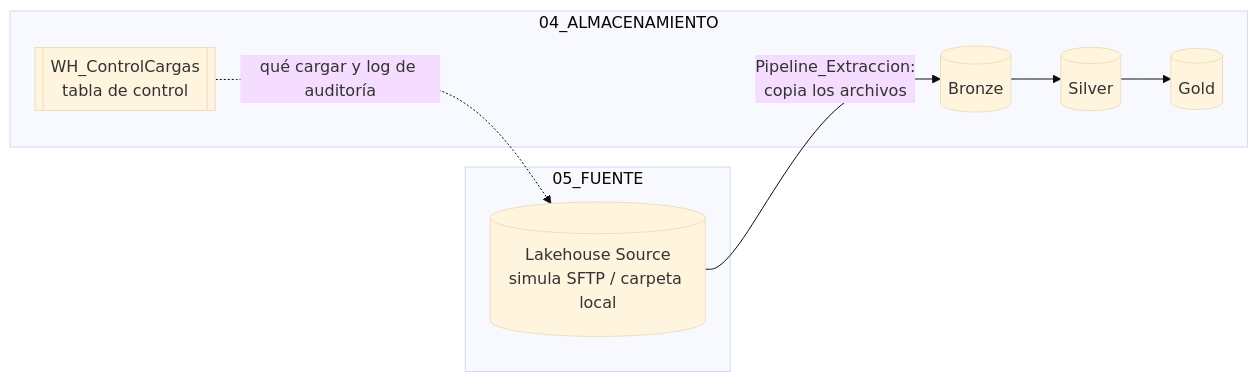
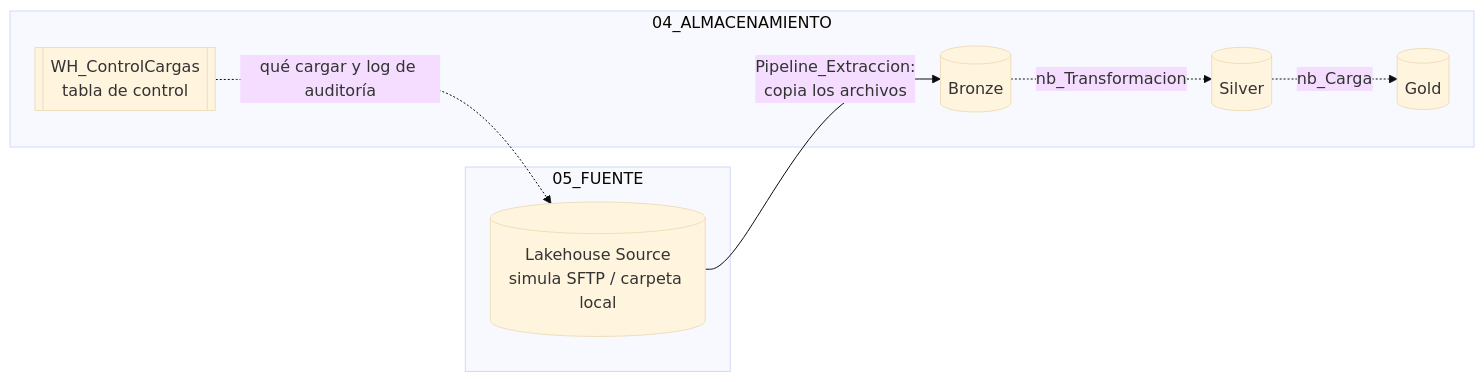
Before and after one commit to sebastian-rivera-DK/CapacitacionSierracol: the diagram in README.md, drawn with Mermaid (base theme). The commit also changed other lines of this file and 14 other files, not shown here.

````diff
--- a/README.md
+++ b/README.md
@@ -7,12 +7,16 @@
 ```mermaid
 flowchart LR
     subgraph F["05_FUENTE"]
         S[("Lakehouse Source<br/>simula SFTP / carpeta local")]
     end
     subgraph A["04_ALMACENAMIENTO"]
-        B[("Bronze")] --> SV[("Silver")] --> G[("Gold")]
+        B[("Bronze")]
+        SV[("Silver")]
+        G[("Gold")]
         WH[["WH_ControlCargas<br/>tabla de control"]]
     end
     S -- "Pipeline_Extraccion:<br/>copia los archivos" --> B
     WH -. "qué cargar y log de auditoría" .-> S
+    B -. "nb_Transformacion" .-> SV
+    SV -. "nb_Carga" .-> G
 ```
````
